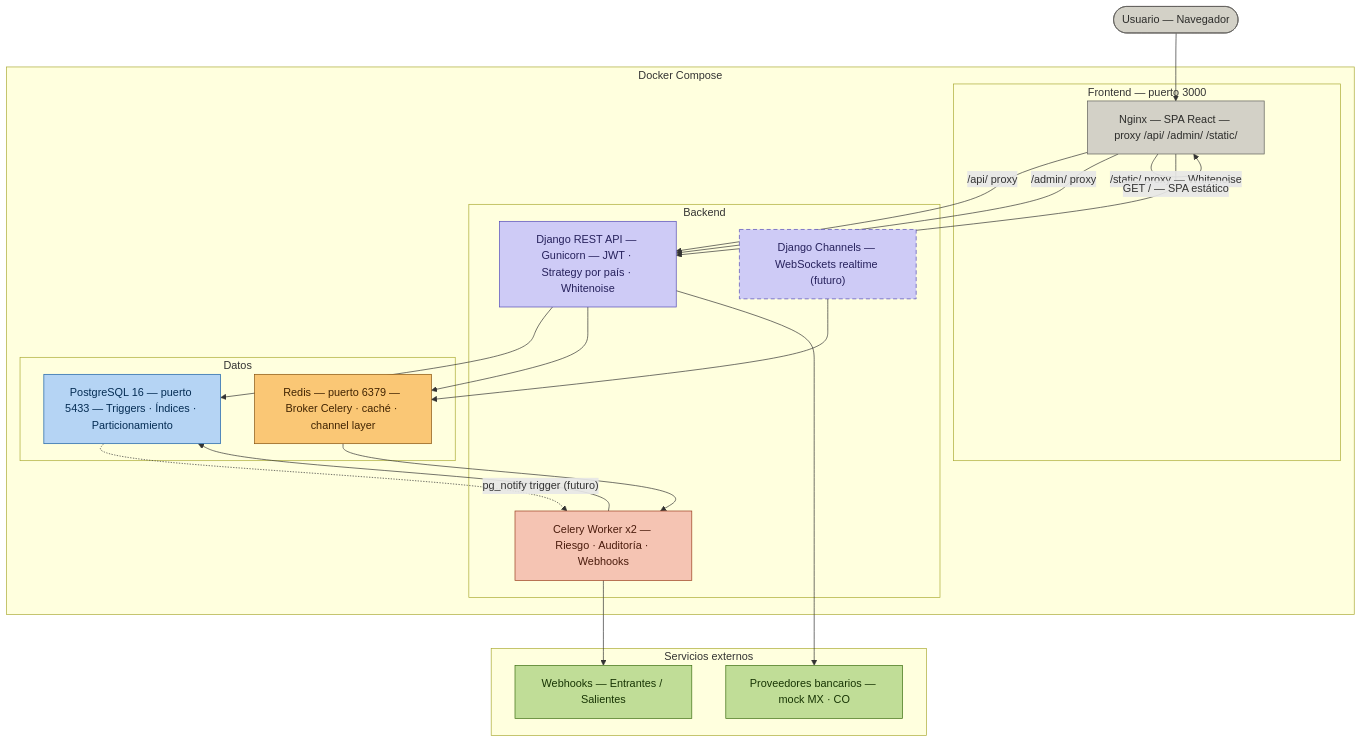
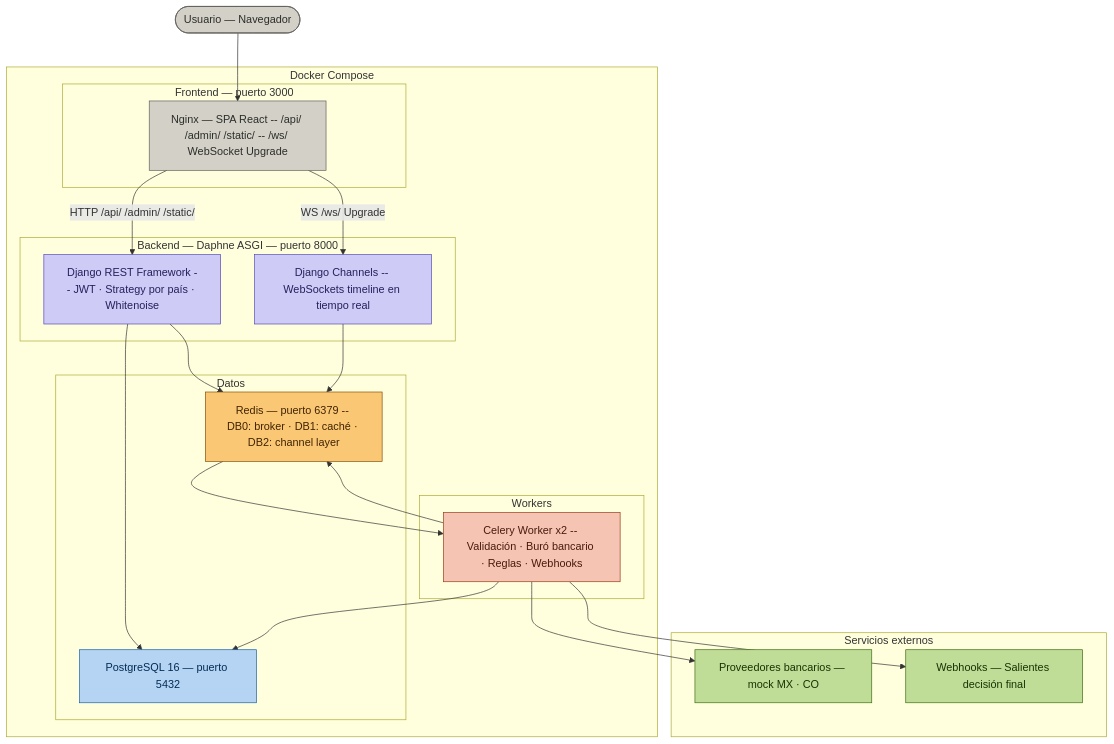
One commit to Branyoe/multi-country_fintech changed the diagram in docs/arquitecture/arquitecture.mmd. Above: the diagram before and after it, drawn with Mermaid.

Commit message:
docs(arquitecture): update architecture diagram for Daphne ASGI
- Both dev and prod run Daphne (not Gunicorn/runserver); reflect this
- Move API and Channels into shared Backend subgraph as one ASGI process
- Fix bank provider edge: CL -> BK (tasks call providers, not the API)
- Add Nginx /ws/ WebSocket Upgrade route to Channels node
- Document Redis DB split: DB0 broker, DB1 cache, DB2 channel layer
- Remove future markers from Django Channels (fully implemented)
- Replace \n with -- in node labels for correct rendering

```diff
--- a/docs/arquitecture/arquitecture.mmd
+++ b/docs/arquitecture/arquitecture.mmd
@@ -1,51 +1,52 @@
 flowchart TD
 
     USER(["Usuario — Navegador"])
 
     subgraph docker["Docker Compose"]
 
         subgraph fe_layer["Frontend — puerto 3000"]
-            NG["Nginx — SPA React — proxy /api/ /admin/ /static/"]
+            NG["Nginx — SPA React -- /api/ /admin/ /static/ -- /ws/ WebSocket Upgrade"]
         end
 
-        subgraph api_layer["Backend"]
-            API["Django REST API — Gunicorn — JWT · Strategy por país · Whitenoise"]
-            CL["Celery Worker x2 — Riesgo · Auditoría · Webhooks"]
-            CH["Django Channels — WebSockets realtime (futuro)"]
+        subgraph api_layer["Backend — Daphne ASGI — puerto 8000"]
+            API["Django REST Framework -- JWT · Strategy por país · Whitenoise"]
+            CH["Django Channels -- WebSockets timeline en tiempo real"]
+        end
+
+        subgraph workers_layer["Workers"]
+            CL["Celery Worker x2 -- Validación · Buró bancario · Reglas · Webhooks"]
         end
 
         subgraph data_layer["Datos"]
-            RD["Redis — puerto 6379 — Broker Celery · caché · channel layer"]
-            PG["PostgreSQL 16 — puerto 5433 — Triggers · Índices · Particionamiento"]
+            RD["Redis — puerto 6379 -- DB0: broker · DB1: caché · DB2: channel layer"]
+            PG["PostgreSQL 16 — puerto 5432"]
         end
 
     end
 
     subgraph ext["Servicios externos"]
         BK["Proveedores bancarios — mock MX · CO"]
-        WH["Webhooks — Entrantes / Salientes"]
+        WH["Webhooks — Salientes decisión final"]
     end
 
     USER --> NG
-    NG -- "/api/ proxy" --> API
-    NG -- "/admin/ proxy" --> API
-    NG -- "/static/ proxy — Whitenoise" --> API
-    NG -- "GET / — SPA estático" --> NG
+    NG -- "HTTP /api/ /admin/ /static/" --> API
+    NG -- "WS /ws/ Upgrade" --> CH
     API --> PG
     API --> RD
-    API --> BK
+    CL --> PG
+    CL --> BK
+    CL --> WH
+    CL --> RD
+    CH --> RD
     RD --> CL
-    CL --> PG
-    CL --> WH
-    PG -. "pg_notify trigger (futuro)" .-> CL
-    CH --> RD
 
     style USER fill:#D3D1C7,stroke:#5F5E5A,color:#2C2C2A
     style NG fill:#D3D1C7,stroke:#5F5E5A,color:#2C2C2A
     style API fill:#CECBF6,stroke:#534AB7,color:#26215C
-    style CH fill:#CECBF6,stroke:#534AB7,color:#26215C,stroke-dasharray: 6 4
+    style CH fill:#CECBF6,stroke:#534AB7,color:#26215C
     style RD fill:#FAC775,stroke:#854F0B,color:#412402
     style CL fill:#F5C4B3,stroke:#993C1D,color:#4A1B0C
     style PG fill:#B5D4F4,stroke:#185FA5,color:#042C53
     style BK fill:#C0DD97,stroke:#3B6D11,color:#173404
     style WH fill:#C0DD97,stroke:#3B6D11,color:#173404
```
